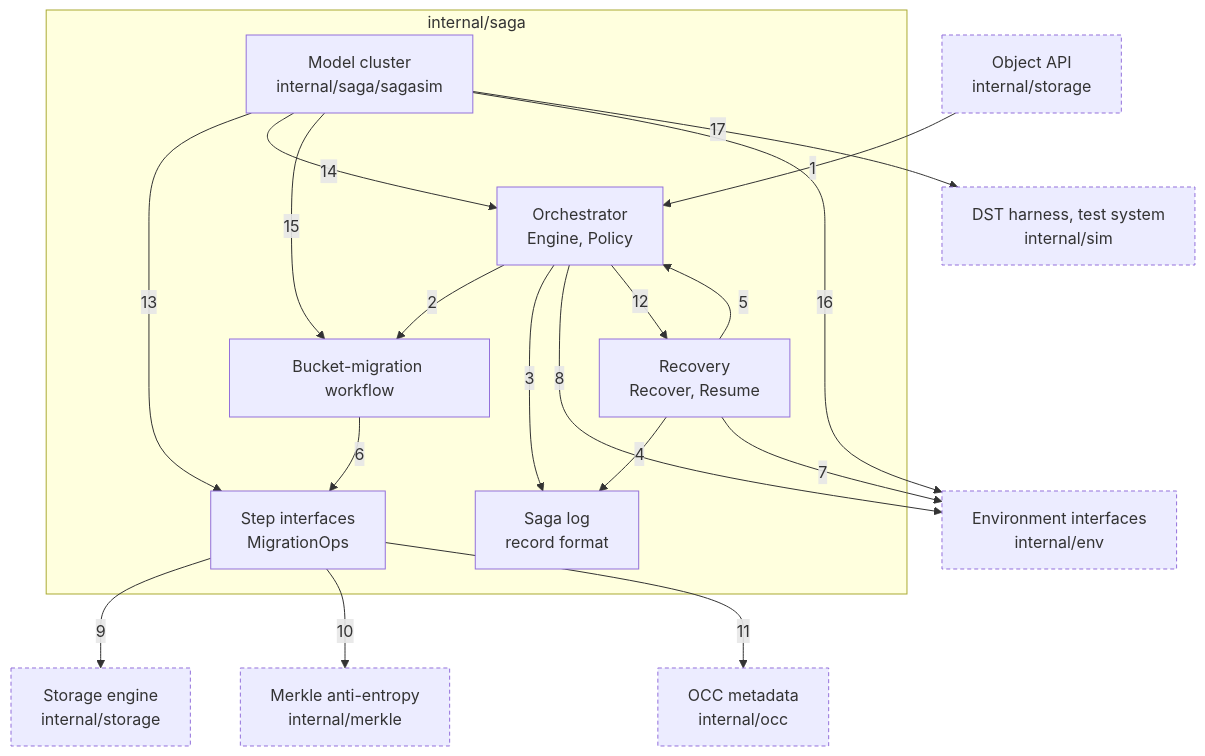
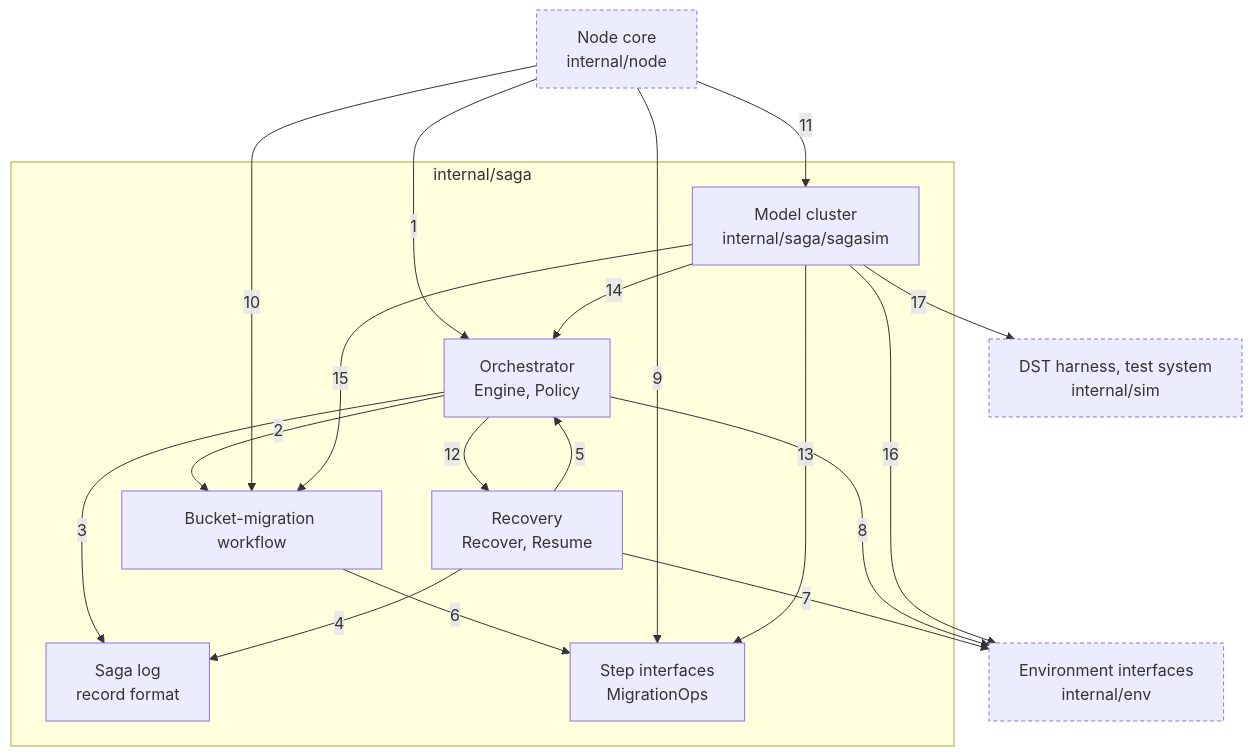
The diagram in docs/c4/08-component-saga.md (nickstrad/decentralized-object-store), drawn with Mermaid before and after one commit. The commit also changed other lines of this file and 28 other files, not shown here.

Commit message:
c4: redraw the diagrams as built: a node core that implements every package's interfaces, a node runtime, the object API over one service interface

````diff
--- a/docs/c4/08-component-saga.md
+++ b/docs/c4/08-component-saga.md
@@ -7,36 +7,33 @@
 ```mermaid
 flowchart TB
-  API["Object API<br/>internal/storage"]
+  NODE["Node core<br/>internal/node"]
   subgraph SAGA["internal/saga"]
     ORCH["Orchestrator<br/>Engine, Policy"]
     RECOVERY["Recovery<br/>Recover, Resume"]
     LOG["Saga log<br/>record format"]
     WORKFLOW["Bucket-migration workflow"]
     STEPS["Step interfaces<br/>MigrationOps"]
     SIM["Model cluster<br/>internal/saga/sagasim"]
   end
   ENV["Environment interfaces<br/>internal/env"]
-  STORAGE["Storage engine<br/>internal/storage"]
-  MERKLE["Merkle anti-entropy<br/>internal/merkle"]
-  OCC["OCC metadata<br/>internal/occ"]
   DST["DST harness, test system<br/>internal/sim"]
-  API -->|1| ORCH
+  NODE -->|1| ORCH
   ORCH -->|2| WORKFLOW
   ORCH -->|3| LOG
   RECOVERY -->|4| LOG
   RECOVERY -->|5| ORCH
   WORKFLOW -->|6| STEPS
   RECOVERY -->|7| ENV
   ORCH -->|8| ENV
-  STEPS -->|9| STORAGE
-  STEPS -->|10| MERKLE
-  STEPS -->|11| OCC
+  NODE -->|9| STEPS
+  NODE -->|10| WORKFLOW
+  NODE -->|11| SIM
   ORCH -->|12| RECOVERY
   SIM -->|13| STEPS
   SIM -->|14| ORCH
   SIM -->|15| WORKFLOW
   SIM -->|16| ENV
   SIM -->|17| DST
   classDef ext stroke-dasharray:4 3
-  class API,ENV,STORAGE,MERKLE,OCC,DST ext
+  class NODE,ENV,DST ext
 ```
````
